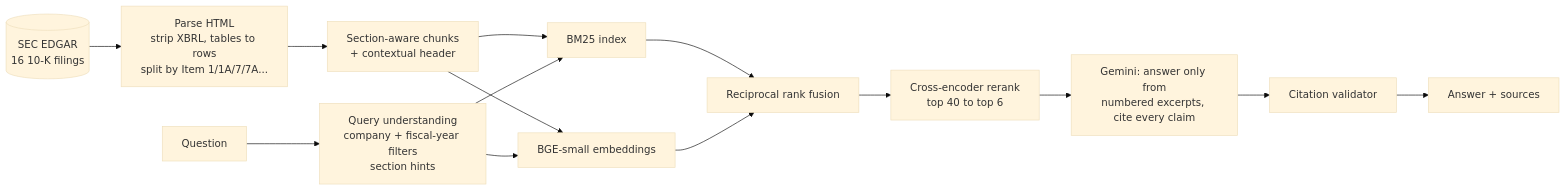
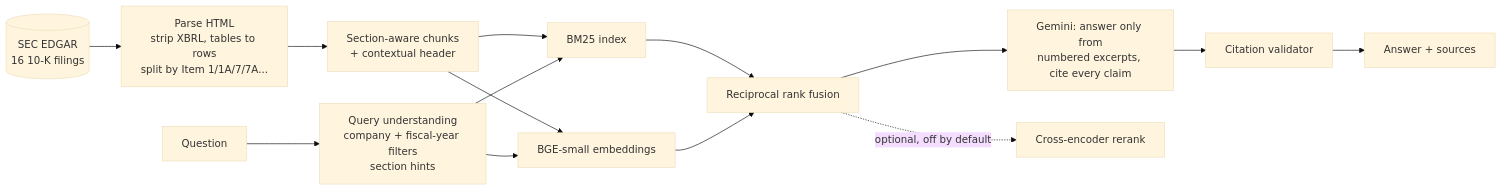
One commit to VishalMankala/sec-filings-rag changed the diagram in README.md. Above: the diagram before and after it, drawn with Mermaid (base theme). The commit also changed other lines of this file and 8 other files, not shown here.

````diff
--- a/README.md
+++ b/README.md
@@ -15,14 +15,14 @@
 ```mermaid
 flowchart LR
     E[(SEC EDGAR<br/>16 10-K filings)] --> P[Parse HTML<br/>strip XBRL, tables to rows<br/>split by Item 1/1A/7/7A...]
     P --> C[Section-aware chunks<br/>+ contextual header]
     C --> B[BM25 index]
     C --> V[BGE-small embeddings]
     Q[Question] --> F[Query understanding<br/>company + fiscal-year filters<br/>section hints]
     F --> B & V
     B & V --> R[Reciprocal rank fusion]
-    R --> X[Cross-encoder rerank<br/>top 40 to top 6]
-    X --> G[Gemini: answer only from<br/>numbered excerpts, cite every claim]
+    R --> G[Gemini: answer only from<br/>numbered excerpts, cite every claim]
+    R -. optional, off by default .-> X[Cross-encoder rerank]
     G --> V2[Citation validator]
     V2 --> A[Answer + sources]
 ```
````
